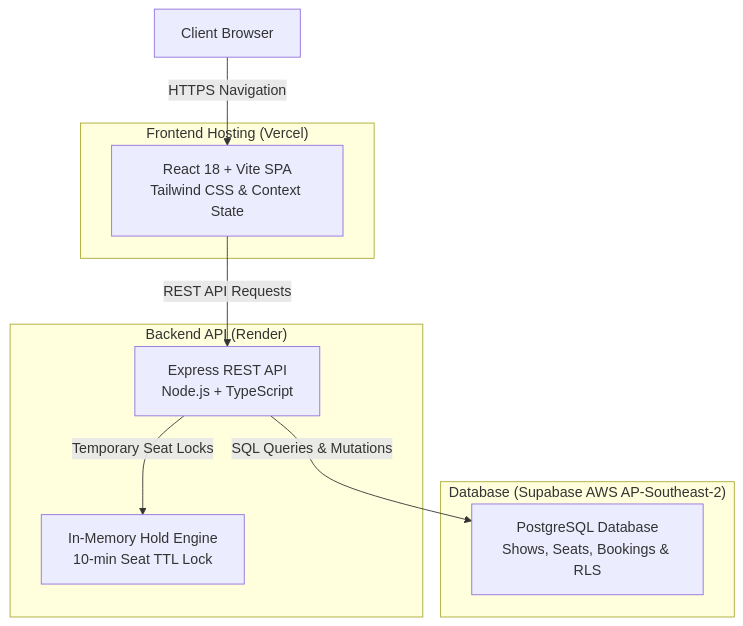
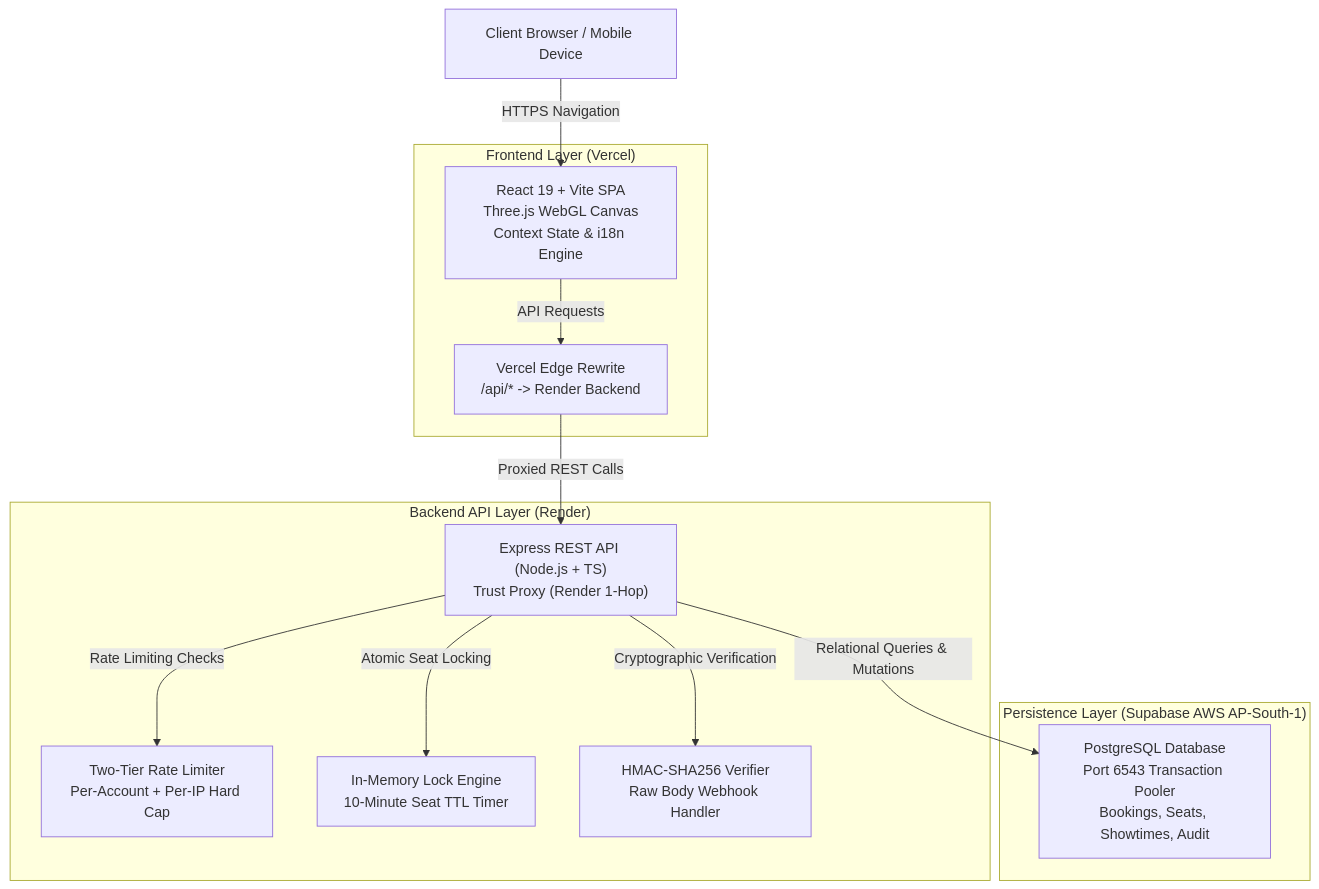
The diagram in README.md (Sahithi200423/Movie_booking), drawn with Mermaid before and after one commit. The commit also changed other lines of this file and 6 other files, not shown here.

Commit message:
docs: rewrite professional portfolio README for CineBook V3 with architecture, security hardening, and screenshot showcase

````diff
--- a/README.md
+++ b/README.md
@@ -66,19 +29,28 @@
 ```mermaid
 graph TD
-    User["Client Browser"]
-    subgraph Vercel ["Frontend Hosting (Vercel)"]
-        ReactApp["React 18 + Vite SPA<br/>Tailwind CSS & Context State"]
-    end
-    subgraph Render ["Backend API (Render)"]
-        Express["Express REST API<br/>Node.js + TypeScript"]
-        HoldEngine["In-Memory Hold Engine<br/>10-min Seat TTL Lock"]
-    end
-    subgraph Supabase ["Database (Supabase AWS AP-Southeast-2)"]
-        Postgres["PostgreSQL Database<br/>Shows, Seats, Bookings & RLS"]
+    User["Client Browser / Mobile Device"]
+
+    subgraph CDN ["Frontend Layer (Vercel)"]
+        SPA["React 19 + Vite SPA<br/>Three.js WebGL Canvas<br/>Context State & i18n Engine"]
+        ProxyRewrite["Vercel Edge Rewrite<br/>/api/* -> Render Backend"]
     end
 
-    User -->|HTTPS Navigation| ReactApp
-    ReactApp -->|REST API Requests| Express
-    Express -->|Temporary Seat Locks| HoldEngine
-    Express -->|SQL Queries & Mutations| Postgres
+    subgraph Backend ["Backend API Layer (Render)"]
+        Express["Express REST API (Node.js + TS)<br/>Trust Proxy (Render 1-Hop)"]
+        RateLimiter["Two-Tier Rate Limiter<br/>Per-Account + Per-IP Hard Cap"]
+        HoldEngine["In-Memory Lock Engine<br/>10-Minute Seat TTL Timer"]
+        PaymentVerifier["HMAC-SHA256 Verifier<br/>Raw Body Webhook Handler"]
+    end
+
+    subgraph Storage ["Persistence Layer (Supabase AWS AP-South-1)"]
+        Postgres["PostgreSQL Database<br/>Port 6543 Transaction Pooler<br/>Bookings, Seats, Showtimes, Audit"]
+    end
+
+    User -->|HTTPS Navigation| SPA
+    SPA -->|API Requests| ProxyRewrite
+    ProxyRewrite -->|Proxied REST Calls| Express
+    Express -->|Rate Limiting Checks| RateLimiter
+    Express -->|Atomic Seat Locking| HoldEngine
+    Express -->|Cryptographic Verification| PaymentVerifier
+    Express -->|Relational Queries & Mutations| Postgres
 ```
````
